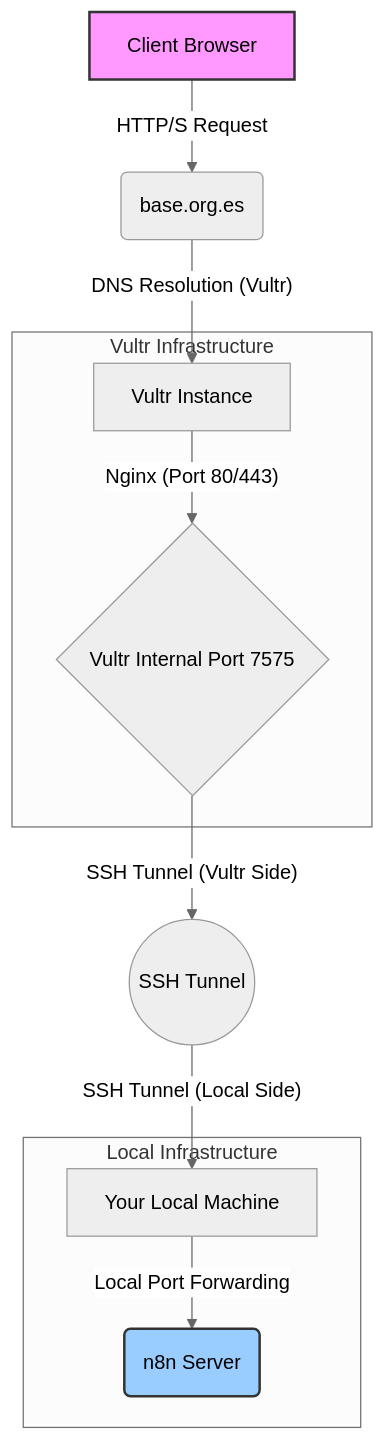
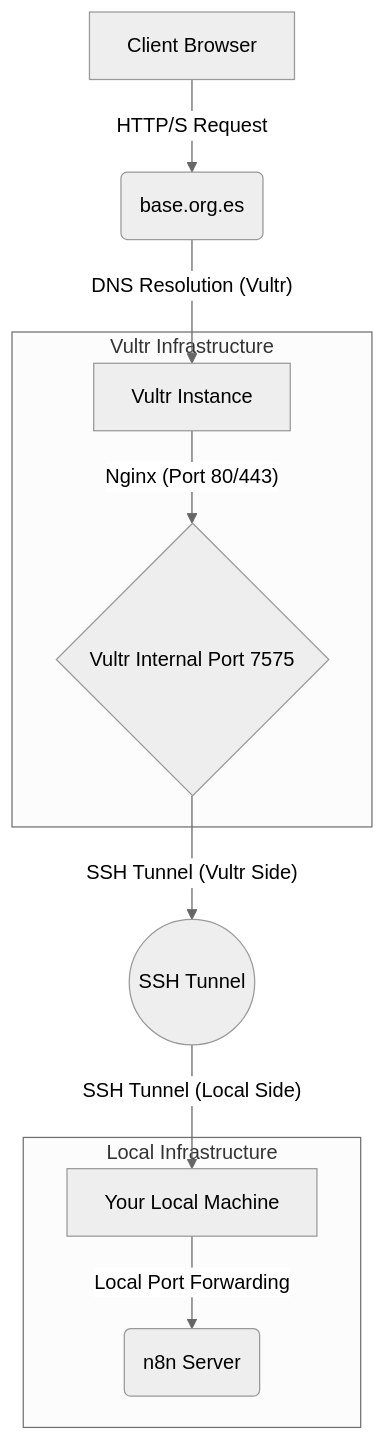
The diagram in readme.md (Aureliusf/nixOS-n8n), drawn with Mermaid (neutral theme) before and after one commit.

Commit message:
removed colors in graph

`````diff
--- a/readme.md
+++ b/readme.md
@@ -93,33 +93,30 @@
 ````mermaid
 graph TD
     A[Client Browser] -->|HTTP/S Request| B(base.org.es)
     B -->|"DNS Resolution (Vultr)"| C[Vultr Instance]
     C -->|"Nginx (Port 80/443)"| D{"Vultr Internal Port 7575"}
     D -->|"SSH Tunnel (Vultr Side)"| E((SSH Tunnel))
     E -->|"SSH Tunnel (Local Side)"| F[Your Local Machine]
     F -->|"Local Port Forwarding"| G(n8n Server)
 
     subgraph Vultr Infrastructure
         C
         D
     end
 
     subgraph Local Infrastructure
         F
         G
     end
 
-    style A fill:#f9f,stroke:#333,stroke-width:2px
-    style G fill:#9cf,stroke:#333,stroke-width:2px
-
     %% Flow Explanations
     click A "User's browser initiates request"
     click B "Domain resolves to Vultr IP via DNS"
     click C "Nginx on Vultr instance receives request"
     click D "Nginx reverse proxies to internal Vultr port 7575"
     click E "SSH tunnel securely forwards traffic from Vultr port 7575 to your local machine"
     click F "Local machine receives forwarded traffic from SSH tunnel"
     click G "n8n server receives traffic on its local port"
 
 
 ````
`````
